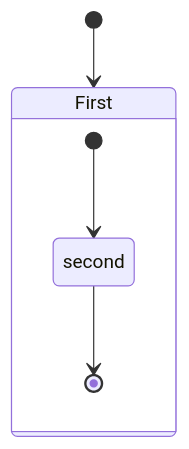
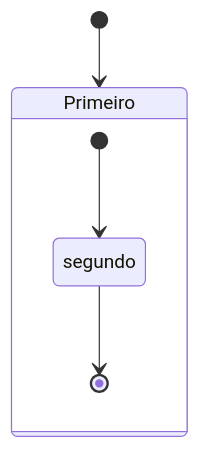
The fifth of 6 diagrams in README.md (monteiro74/diagramas_resumo), drawn with Mermaid before and after one commit. The commit also changed other lines of this file, not shown here.

````diff
--- a/README.md
+++ b/README.md
@@ -530,8 +530,8 @@
 ```mermaid
 stateDiagram
-    [*] --> First
-    state First {
-        [*] --> second
-        second --> [*]
+    [*] --> Primeiro
+    state Primeiro {
+        [*] --> segundo
+        segundo --> [*]
     }
 ```
````
